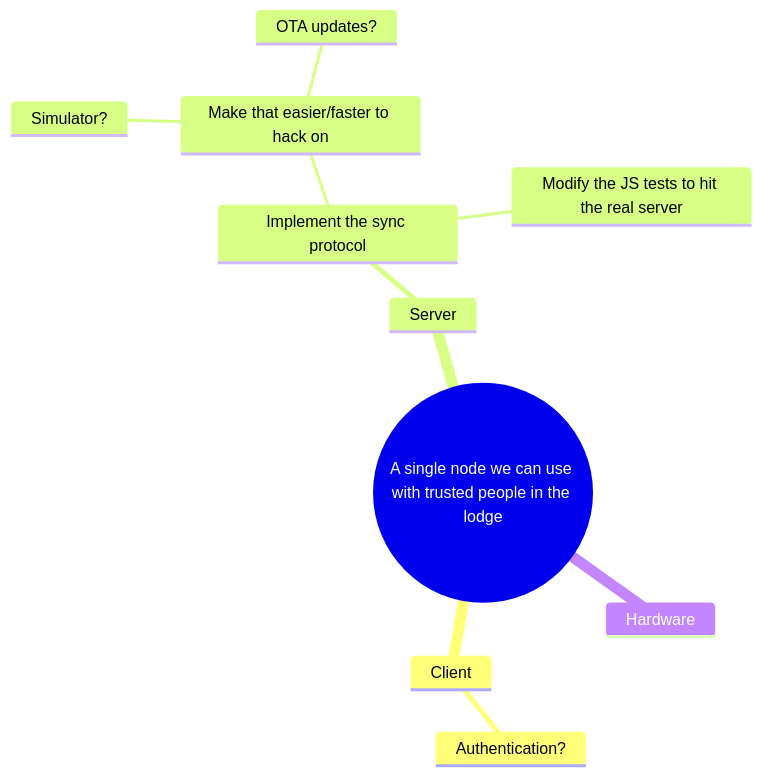
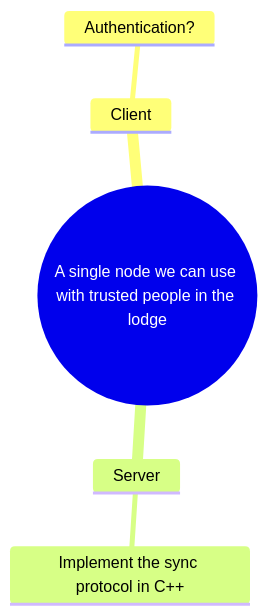
Before and after one commit to blaine/couloir: the diagram in README.md, drawn with Mermaid. The commit also changed other lines of this file and 2 other files, not shown here.

````diff
--- a/README.md
+++ b/README.md
@@ -7,13 +7,8 @@
 ```mermaid
 mindmap
   root((A single node we can use with trusted people in the lodge))
     Client
       Authentication?
     Server
-      Implement the sync protocol
-        Make that easier/faster to hack on
-          Simulator?
-          OTA updates?
-        Modify the JS tests to hit the real server
-    Hardware
+      Implement the sync protocol in C++
 ```
````
